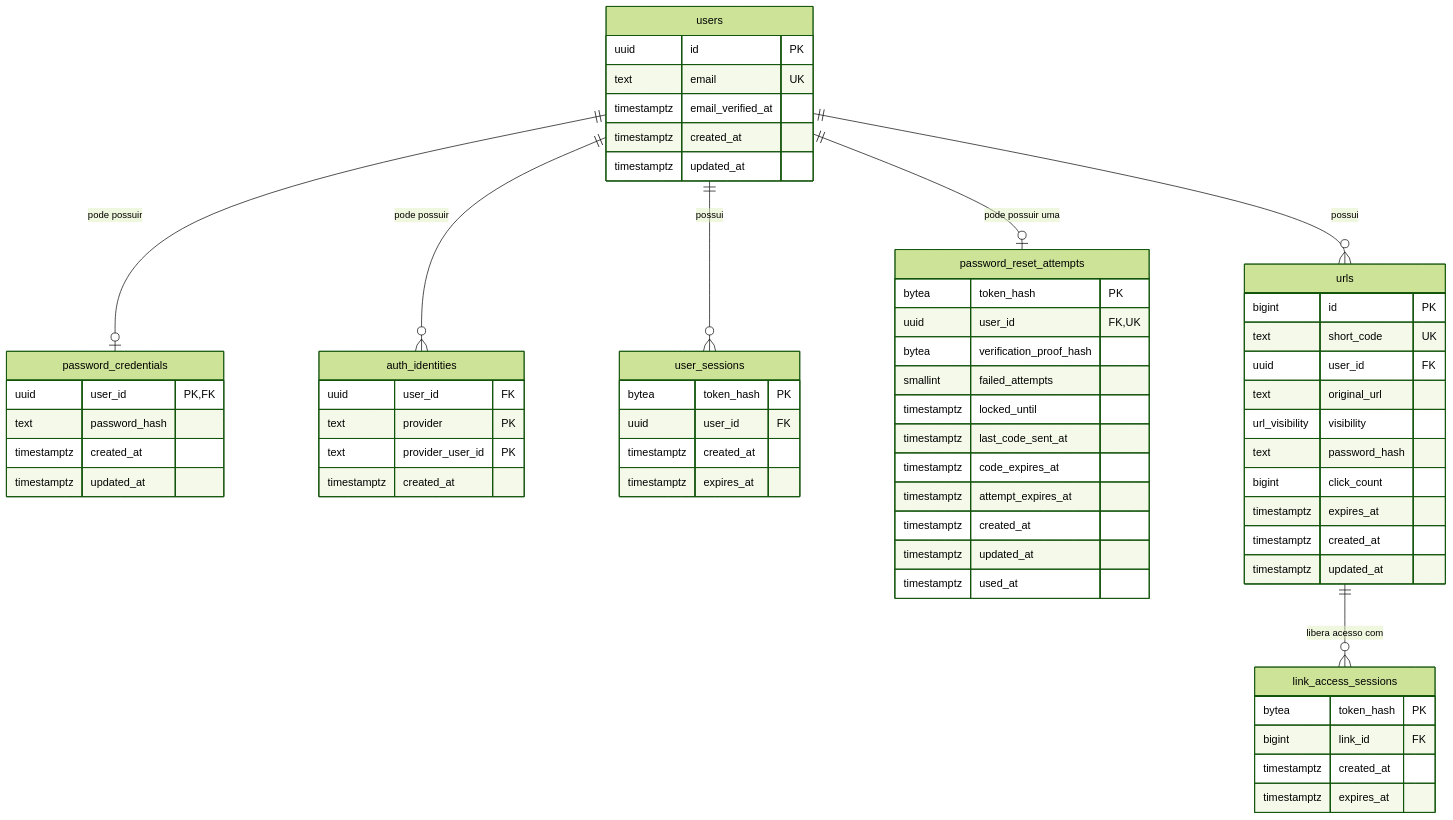
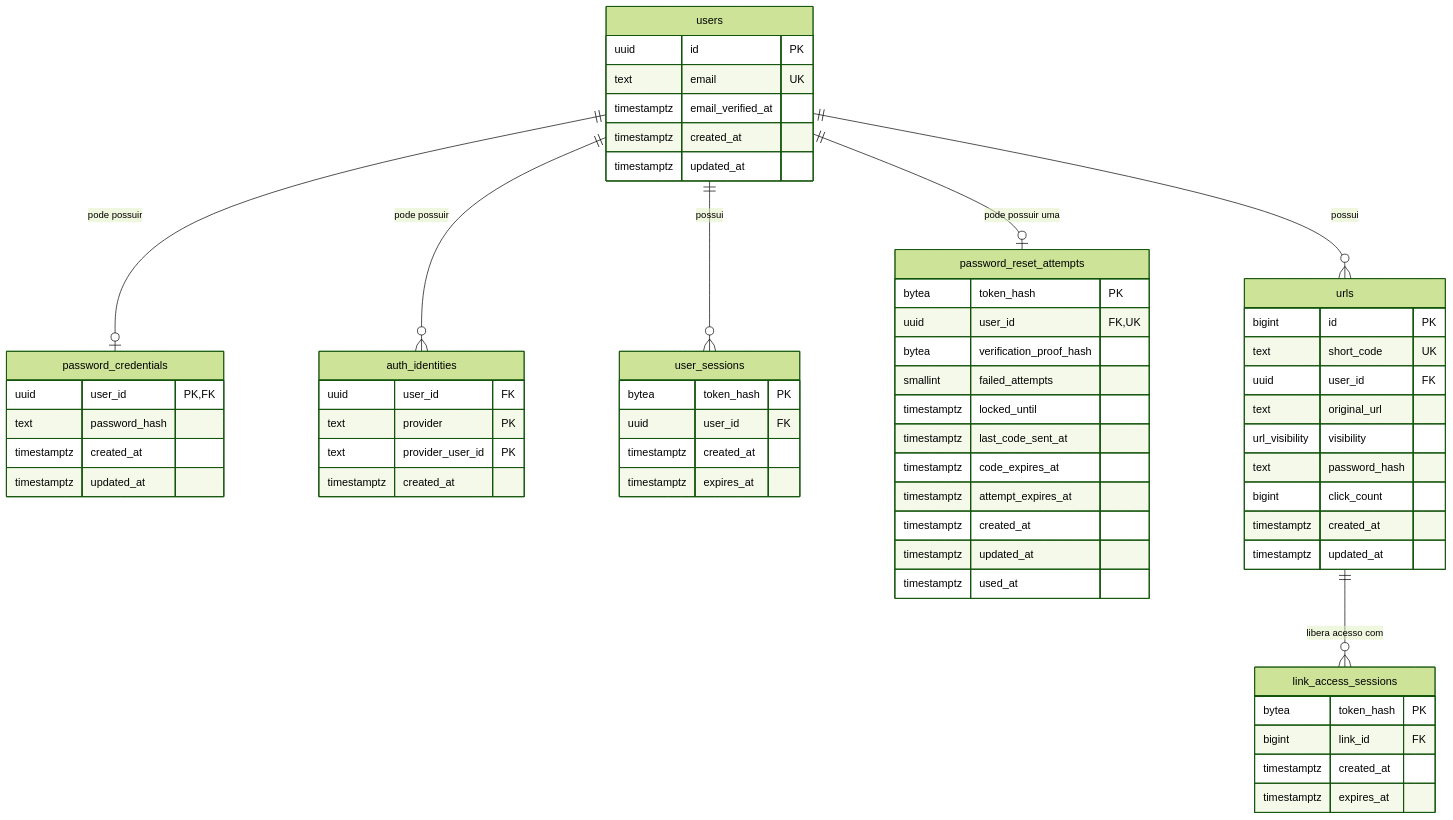
Before and after one commit to fredsaggio/shortbit: the first of 4 diagrams in docs/data-model.md, drawn with Mermaid (forest theme). The commit also changed other lines of this file and 6 other files, not shown here.

Commit message:
refactor(urls): remove link expiration from schema and docs

````diff
--- a/docs/data-model.md
+++ b/docs/data-model.md
@@ -10,72 +10,71 @@
 ```mermaid
 erDiagram
     users ||--o| password_credentials : "pode possuir"
     users ||--o{ auth_identities : "pode possuir"
     users ||--o{ user_sessions : "possui"
     users ||--o| password_reset_attempts : "pode possuir uma"
     users ||--o{ urls : "possui"
     urls ||--o{ link_access_sessions : "libera acesso com"
 
     users {
         uuid id PK
         text email UK
         timestamptz email_verified_at
         timestamptz created_at
         timestamptz updated_at
     }
 
     password_credentials {
         uuid user_id PK,FK
         text password_hash
         timestamptz created_at
         timestamptz updated_at
     }
 
     auth_identities {
         uuid user_id FK
         text provider PK
         text provider_user_id PK
         timestamptz created_at
     }
 
     user_sessions {
         bytea token_hash PK
         uuid user_id FK
         timestamptz created_at
         timestamptz expires_at
     }
 
     password_reset_attempts {
         bytea token_hash PK
         uuid user_id FK,UK
         bytea verification_proof_hash
         smallint failed_attempts
         timestamptz locked_until
         timestamptz last_code_sent_at
         timestamptz code_expires_at
         timestamptz attempt_expires_at
         timestamptz created_at
         timestamptz updated_at
         timestamptz used_at
     }
 
     urls {
         bigint id PK
         text short_code UK
         uuid user_id FK
         text original_url
         url_visibility visibility
         text password_hash
         bigint click_count
-        timestamptz expires_at
         timestamptz created_at
         timestamptz updated_at
     }
 
     link_access_sessions {
         bytea token_hash PK
         bigint link_id FK
         timestamptz created_at
         timestamptz expires_at
     }
 ```
````
